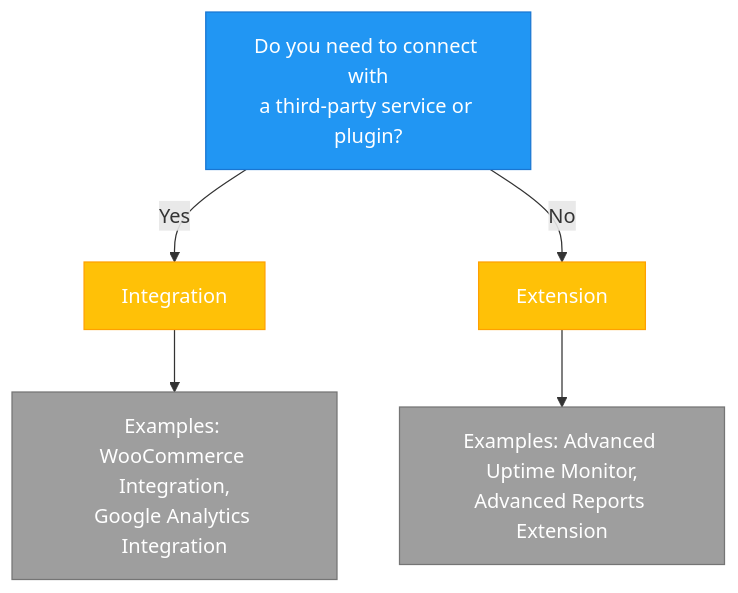
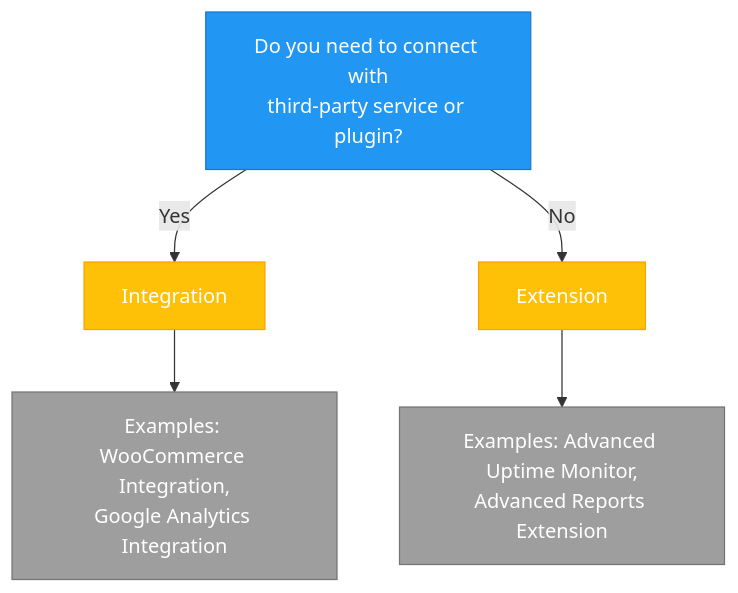
The second of 2 diagrams in guides/templates/getting-started-template.md (mainwp/mainwp.dev), drawn with Mermaid before and after one commit. The commit also changed other lines of this file and 6 other files, not shown here.

Commit message:
Update mermaid diagrams to use markdown code blocks

````diff
--- a/guides/templates/getting-started-template.md
+++ b/guides/templates/getting-started-template.md
@@ -77,13 +77,13 @@
-<pre class="mermaid">
+```mermaid
 flowchart TD
-    A[Do you need to connect with\na third-party service or plugin?] -->|Yes| B[Integration]
+    A[Do you need to connect with<br>third-party service or plugin?] -->|Yes| B[Integration]
     A -->|No| C[Extension]
-    B --> D[Examples: WooCommerce Integration,\nGoogle Analytics Integration]
-    C --> E[Examples: Advanced Uptime Monitor,\nAdvanced Reports Extension]
+    B --> D[Examples: WooCommerce Integration,<br>Google Analytics Integration]
+    C --> E[Examples: Advanced Uptime Monitor,<br>Advanced Reports Extension]
     
     style A fill:#2196F3,stroke:#1976D2,color:white
     style B fill:#FFC107,stroke:#FFA000,color:white
     style C fill:#FFC107,stroke:#FFA000,color:white
     style D fill:#9E9E9E,stroke:#757575,color:white
     style E fill:#9E9E9E,stroke:#757575,color:white
-</pre>
+```
````
